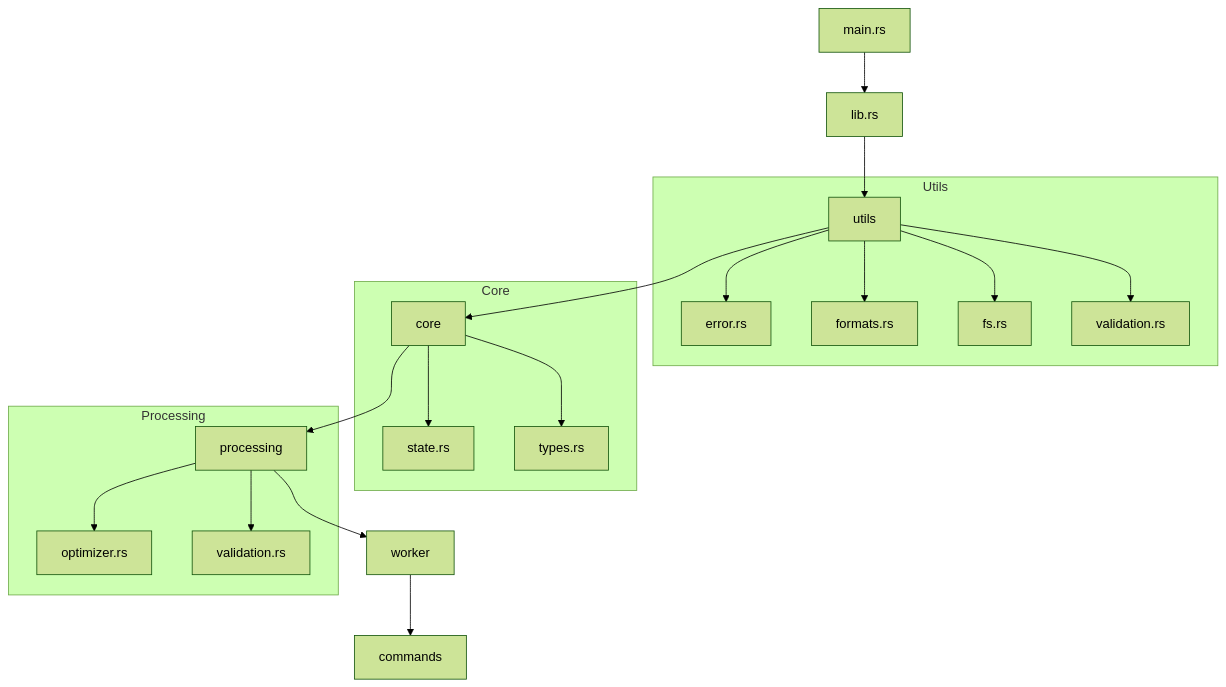
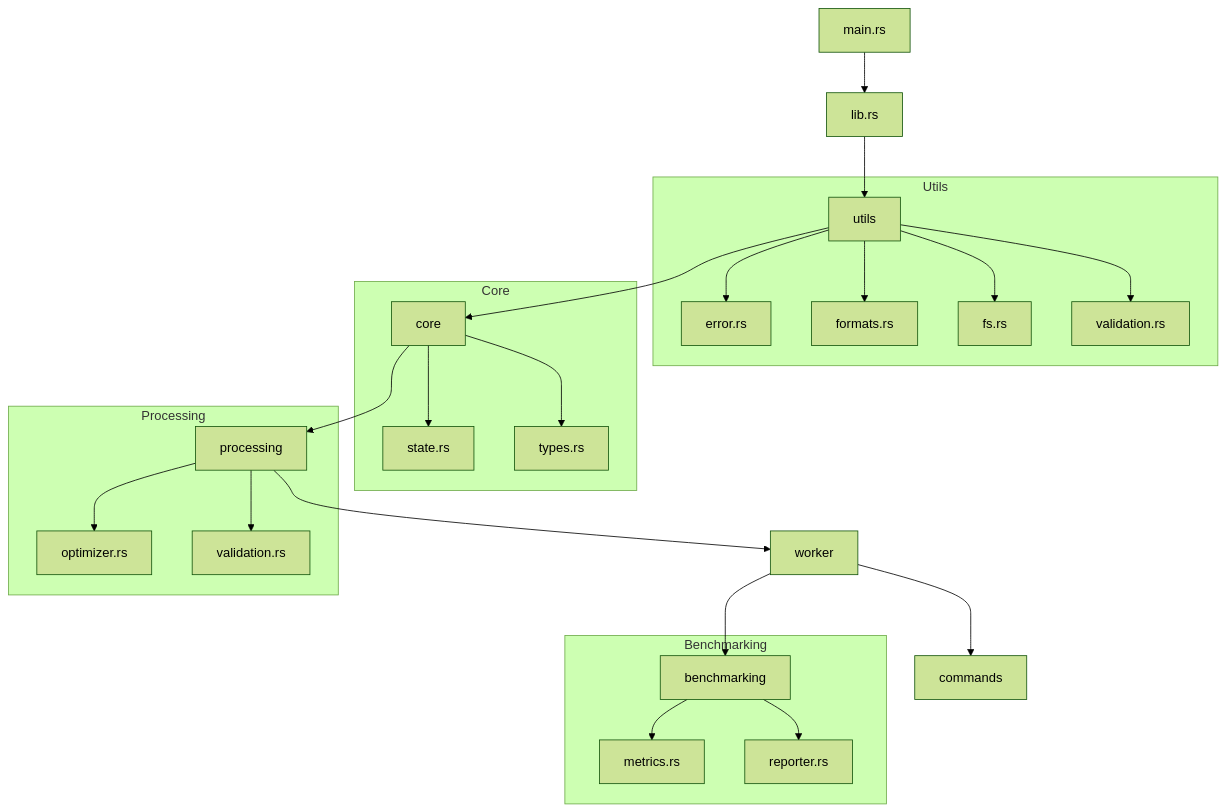
Before and after one commit to MogensenJesse/image-optimizer: the first of 3 diagrams in BACKEND.md, drawn with Mermaid (forest theme). The commit also changed other lines of this file and 9 other files, not shown here.

````diff
--- a/BACKEND.md
+++ b/BACKEND.md
@@ -80,26 +85,32 @@
 ```mermaid
 graph TD
     A[main.rs] --> B[lib.rs]
     B --> C[utils]
     C --> D[core]
     D --> E[processing]
     E --> F[worker]
     F --> G[commands]
+    F --> H[benchmarking]
 
     subgraph Utils
-        C --> H[error.rs]
-        C --> I[formats.rs]
-        C --> J[fs.rs]
-        C --> K[validation.rs]
+        C --> I[error.rs]
+        C --> J[formats.rs]
+        C --> K[fs.rs]
+        C --> L[validation.rs]
     end
 
     subgraph Core
-        D --> L[state.rs]
-        D --> M[types.rs]
+        D --> M[state.rs]
+        D --> N[types.rs]
     end
 
     subgraph Processing
-        E --> N[optimizer.rs]
-        E --> O[validation.rs]
+        E --> O[optimizer.rs]
+        E --> P[validation.rs]
+    end
+
+    subgraph Benchmarking
+        H --> Q[metrics.rs]
+        H --> R[reporter.rs]
     end
 ```
````
